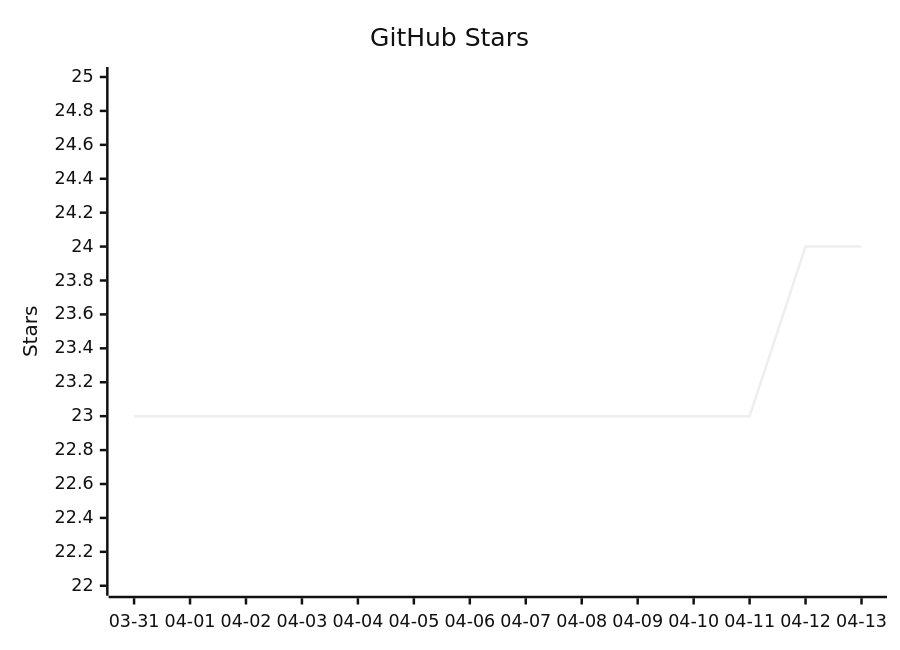
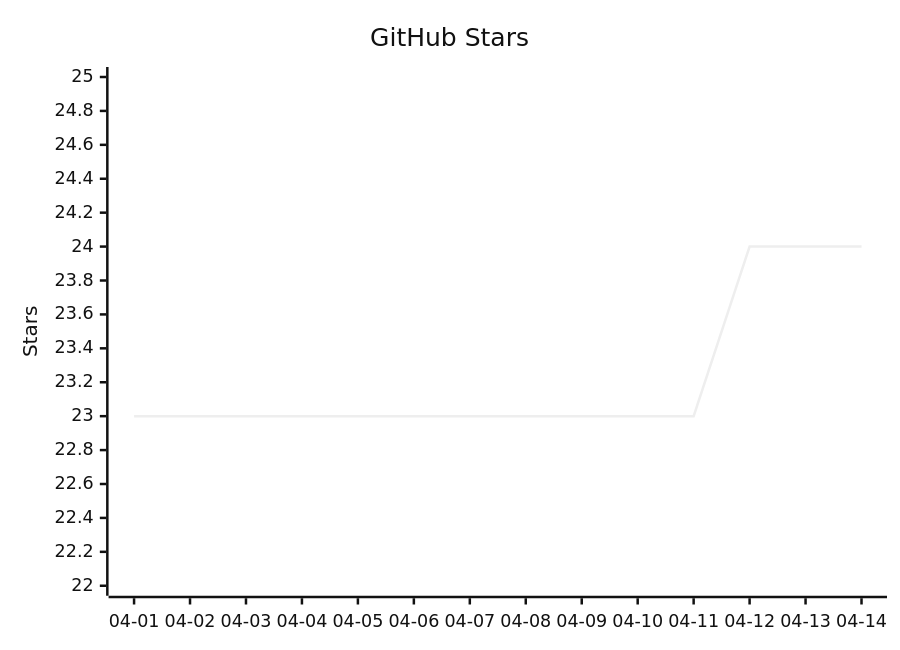
Before and after one commit to vectie/moonclaw: the diagram in README.mbt.md, drawn with Mermaid (neutral theme). The commit also changed other lines of this file and 1 other file, not shown here.

Commit message:
Update README star growth

````diff
--- a/README.mbt.md
+++ b/README.mbt.md
@@ -486,7 +486,7 @@
 ```mermaid
 xychart-beta
     title "GitHub Stars"
-    x-axis ["03-31","04-01","04-02","04-03","04-04","04-05","04-06","04-07","04-08","04-09","04-10","04-11","04-12","04-13"]
+    x-axis ["04-01","04-02","04-03","04-04","04-05","04-06","04-07","04-08","04-09","04-10","04-11","04-12","04-13","04-14"]
     y-axis "Stars" 22 --> 25
-    line [23,23,23,23,23,23,23,23,23,23,23,23,24,24]
+    line [23,23,23,23,23,23,23,23,23,23,23,24,24,24]
 ```
````
